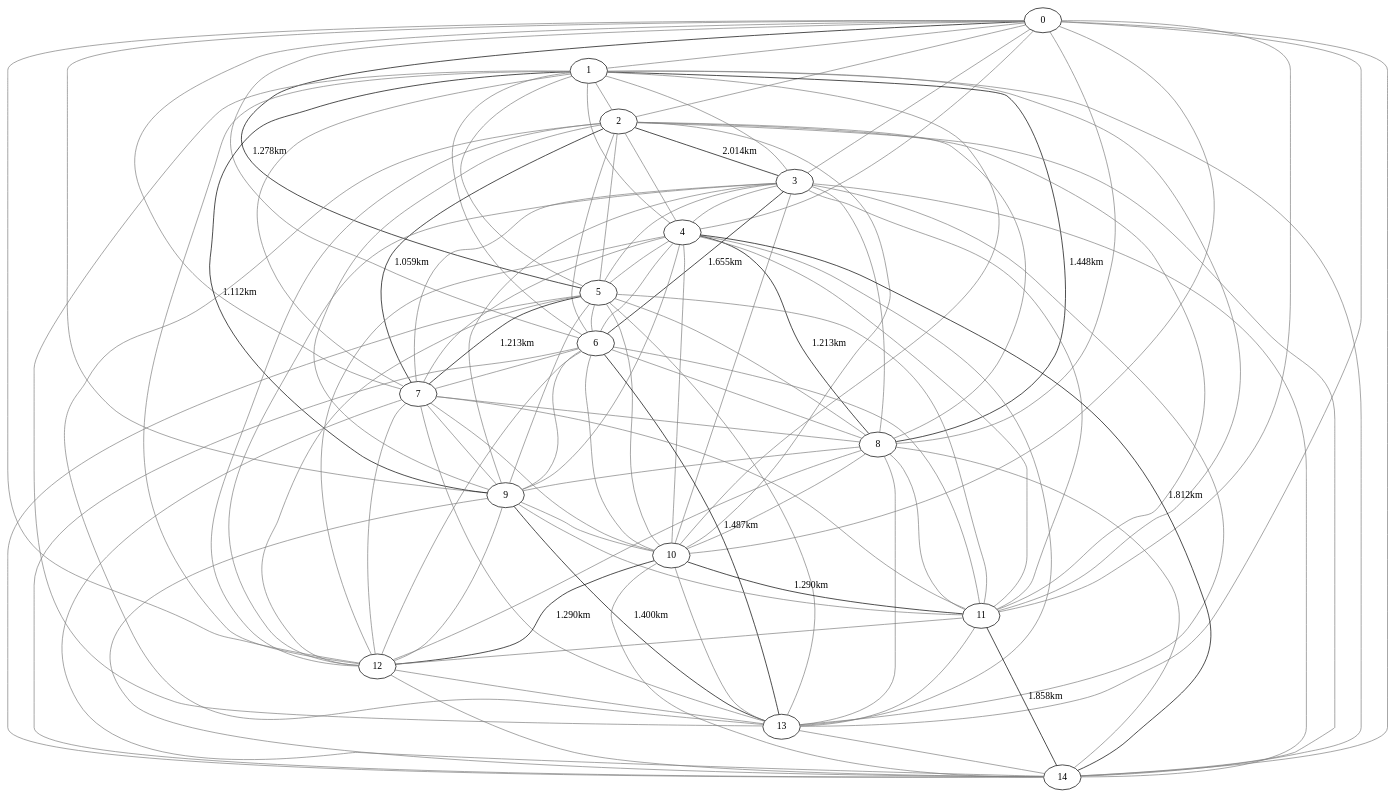
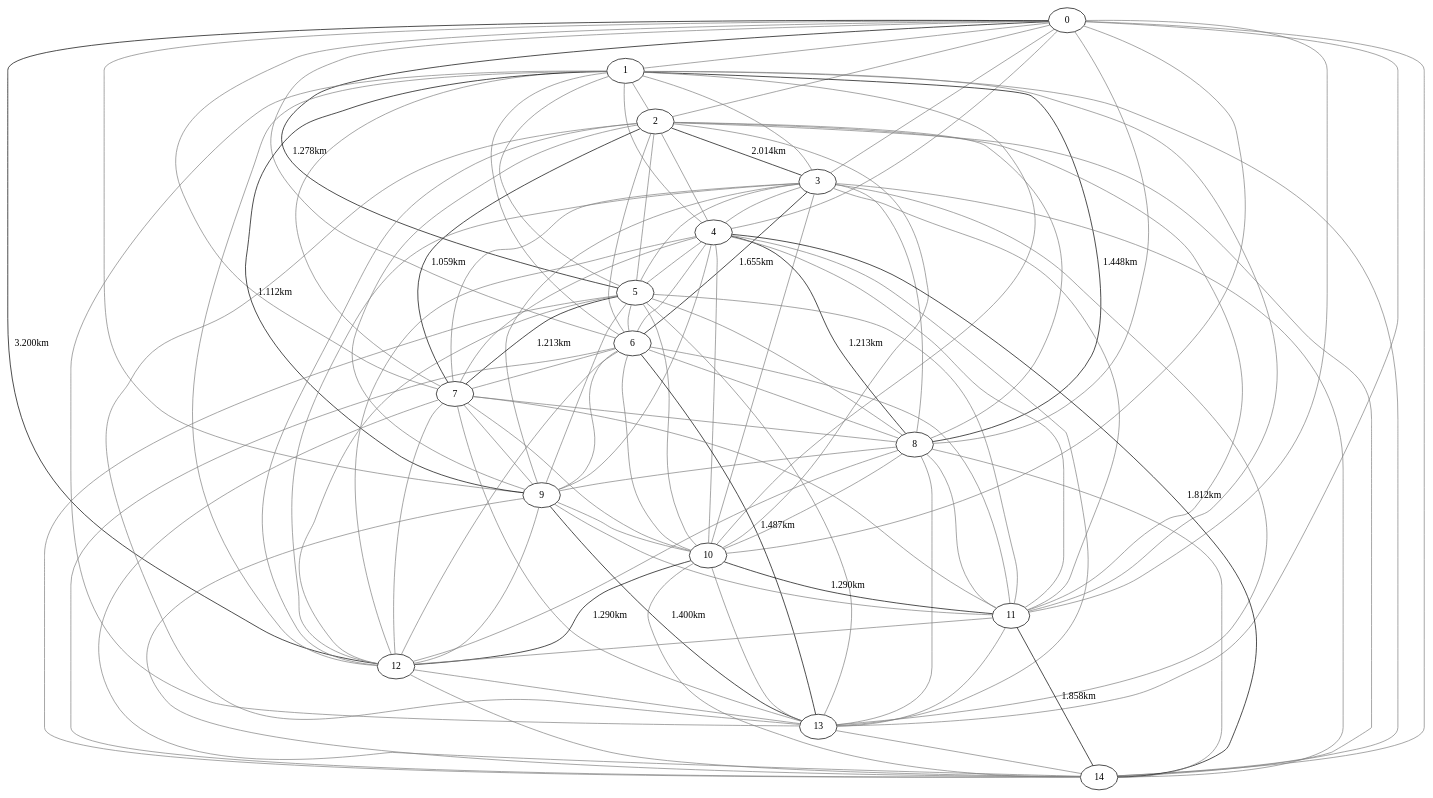
The diagram in bin/OUTPUT/05-C10F2M3_solucao_pcv.dot (RenatoMoraesUFES/MCVRPIRFTW), drawn with Graphviz before and after one commit. The commit also changed 7 other files, not shown here.

Commit message:
correcoes no graphviz

```diff
--- a/bin/OUTPUT/05-C10F2M3_solucao_pcv.dot
+++ b/bin/OUTPUT/05-C10F2M3_solucao_pcv.dot
@@ -1,107 +1,107 @@
 strict graph {
 0--1 [color=grey];
 0--2 [color=grey];
 0--3 [color=grey];
 0--4 [color=grey];
 0--5 [label =  "1.278km"];
 0--6 [color=grey];
 0--7 [color=grey];
 0--8 [color=grey];
 0--9 [color=grey];
 0--10 [color=grey];
 0--11 [color=grey];
-0--12 [color=grey];
+0--12 [label =  "3.200km"];
 0--13 [color=grey];
 0--14 [color=grey];
 1--2 [color=grey];
 1--3 [color=grey];
 1--4 [color=grey];
 1--5 [color=grey];
 1--6 [color=grey];
 1--7 [color=grey];
 1--8 [label =  "1.448km"];
 1--9 [label = "1.112km"];
 1--10 [color=grey];
 1--11 [color=grey];
 1--12 [color=grey];
 1--13 [color=grey];
 1--14 [color=grey];
 2--3 [label =  "2.014km"];
 2--4 [color=grey];
 2--5 [color=grey];
 2--6 [color=grey];
 2--7 [label = "1.059km"];
 2--8 [color=grey];
 2--9 [color=grey];
 2--10 [color=grey];
 2--11 [color=grey];
 2--12 [color=grey];
 2--13 [color=grey];
 2--14 [color=grey];
 3--4 [color=grey];
 3--5 [color=grey];
 3--6 [label =  "1.655km"];
 3--7 [color=grey];
 3--8 [color=grey];
 3--9 [color=grey];
 3--10 [color=grey];
 3--11 [color=grey];
 3--12 [color=grey];
 3--13 [color=grey];
 3--14 [color=grey];
 4--5 [color=grey];
 4--6 [color=grey];
 4--7 [color=grey];
 4--8 [label = "1.213km"];
 4--9 [color=grey];
 4--10 [color=grey];
 4--11 [color=grey];
 4--12 [color=grey];
 4--13 [color=grey];
 4--14 [label =  "1.812km"];
 5--6 [color=grey];
 5--7 [label =  "1.213km"];
 5--8 [color=grey];
 5--9 [color=grey];
 5--10 [color=grey];
 5--11 [color=grey];
 5--12 [color=grey];
 5--13 [color=grey];
 5--14 [color=grey];
 6--7 [color=grey];
 6--8 [color=grey];
 6--9 [color=grey];
 6--10 [color=grey];
 6--11 [color=grey];
 6--12 [color=grey];
 6--13 [label =  "1.487km"];
 6--14 [color=grey];
 7--8 [color=grey];
 7--9 [color=grey];
 7--10 [color=grey];
 7--11 [color=grey];
 7--12 [color=grey];
 7--13 [color=grey];
 7--14 [color=grey];
 8--9 [color=grey];
 8--10 [color=grey];
 8--11 [color=grey];
 8--12 [color=grey];
 8--13 [color=grey];
 8--14 [color=grey];
 9--10 [color=grey];
 9--11 [color=grey];
 9--12 [color=grey];
 9--13 [label = "1.400km"];
 9--14 [color=grey];
 10--11 [label = "1.290km"];
 10--12 [label =  "1.290km"];
 10--13 [color=grey];
 10--14 [color=grey];
 11--12 [color=grey];
 11--13 [color=grey];
 11--14 [label = "1.858km"];
 12--13 [color=grey];
 12--14 [color=grey];
 13--14 [color=grey];
 }
```
